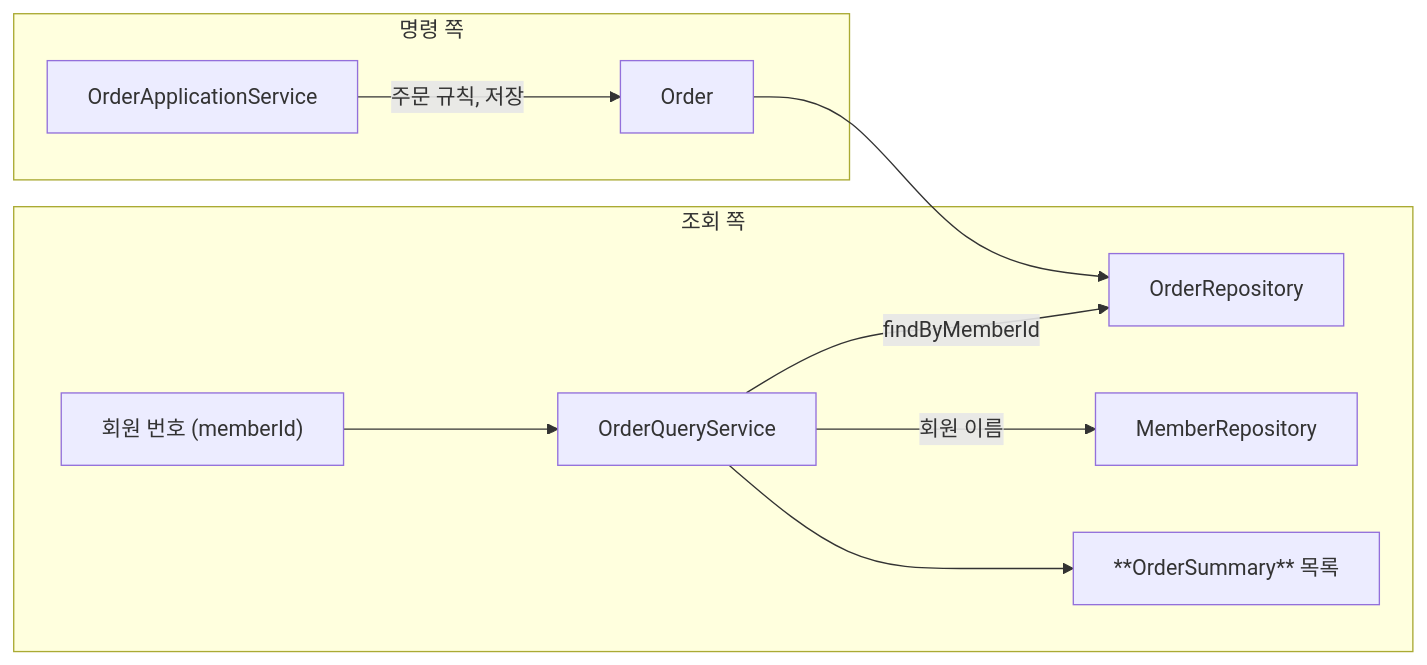
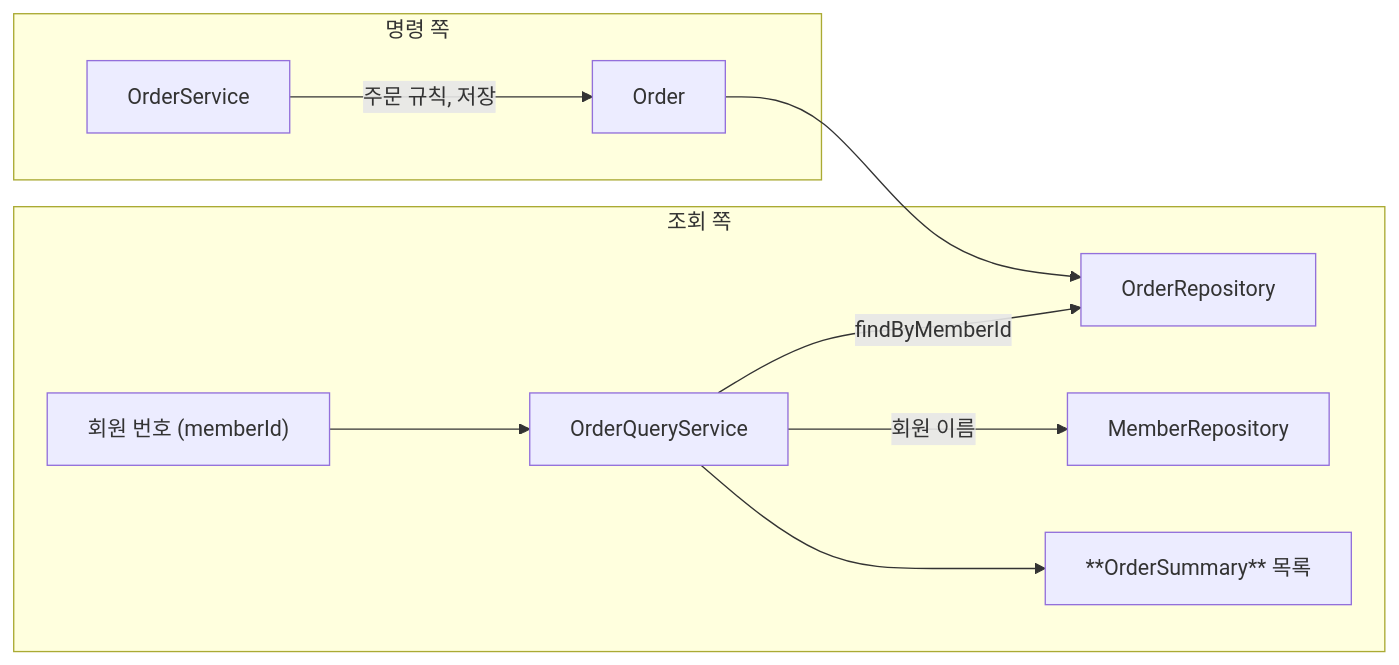
The diagram in .projectcode/chapters/order-query/diagrams/flow.md (busan-bank-2026/ddd-example), drawn with Mermaid before and after one commit. The commit also changed other lines of this file and 11 other files, not shown here.

````diff
--- a/.projectcode/chapters/order-query/diagrams/flow.md
+++ b/.projectcode/chapters/order-query/diagrams/flow.md
@@ -3,13 +3,13 @@
 ```mermaid
 flowchart LR
   subgraph command ["명령 쪽"]
-    A[OrderApplicationService] -- "주문 규칙, 저장" --> B[Order]
+    A[OrderService] -- "주문 규칙, 저장" --> B[Order]
   end
   B --> R[OrderRepository]
   subgraph query ["조회 쪽"]
     Q["회원 번호 (memberId)"] --> S[OrderQueryService]
     S -- findByMemberId --> R
     S -- 회원 이름 --> M[MemberRepository]
     S --> L["**OrderSummary** 목록"]
   end
 ```
````
